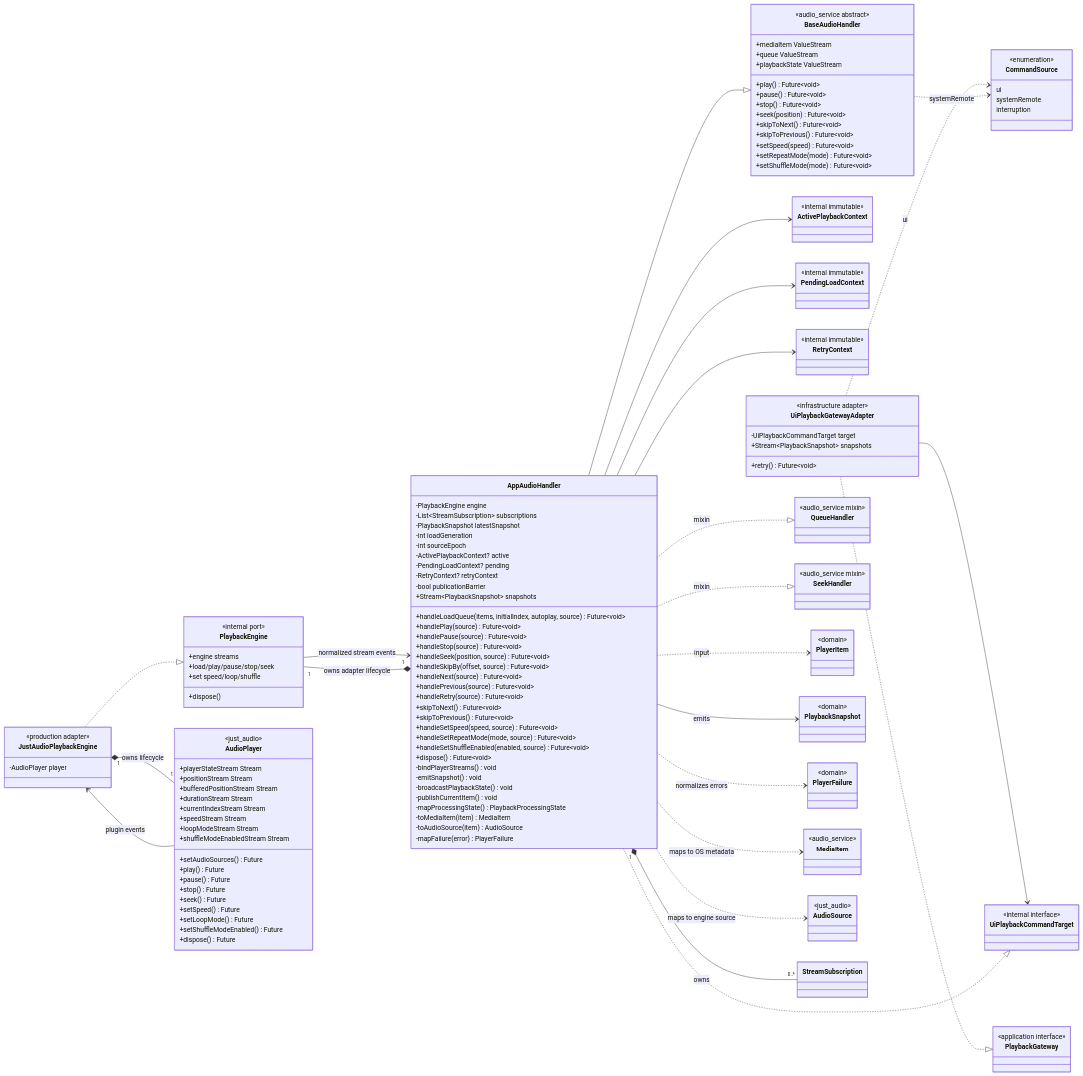
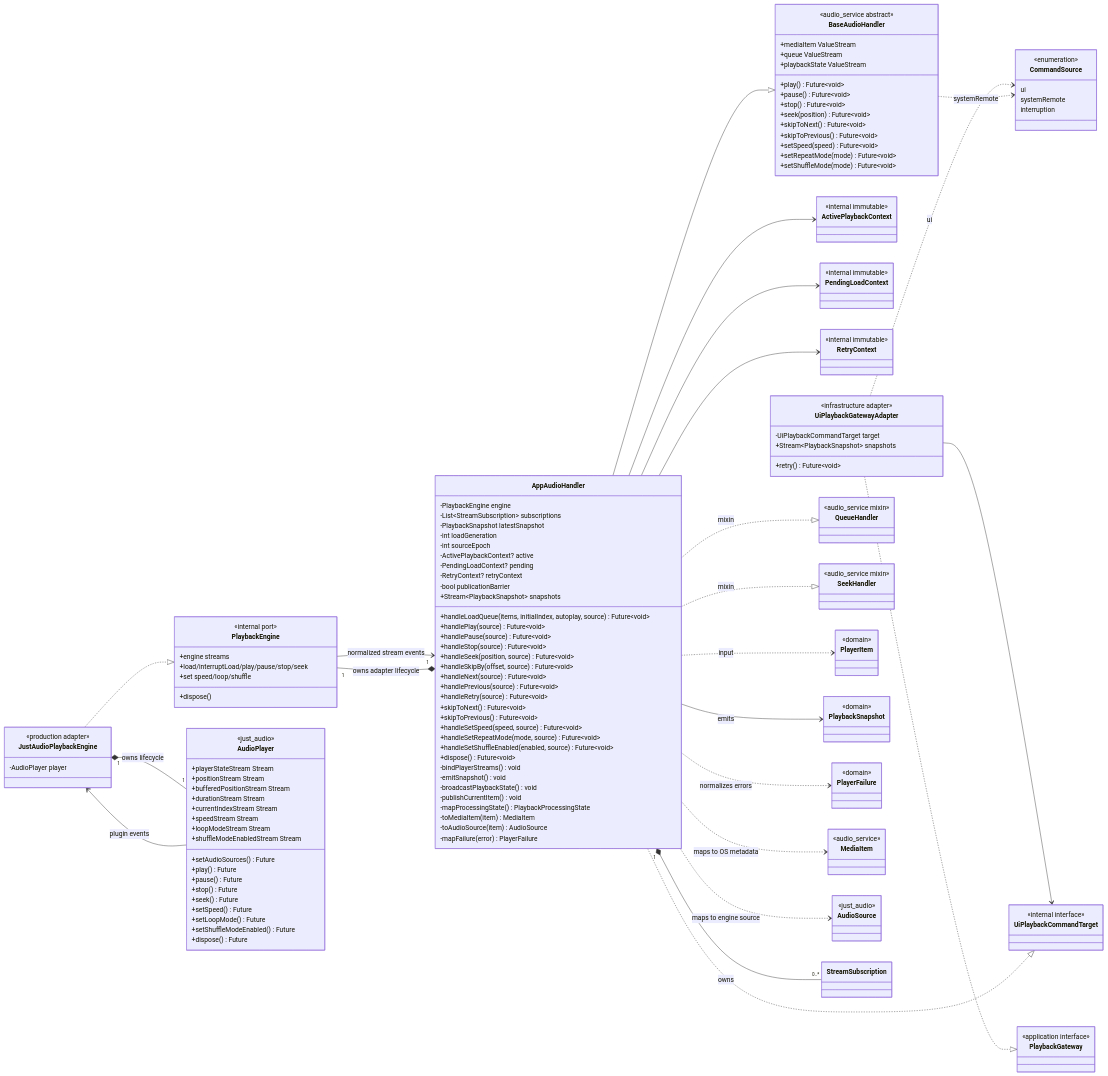
One commit to ViUniverse/ViListen changed the sixth of 10 diagrams in docs/player-class-diagram.md. Above: the diagram before and after it, drawn with Mermaid. The commit also changed other lines of this file and 10 other files, not shown here.

```diff
--- a/docs/player-class-diagram.md
+++ b/docs/player-class-diagram.md
@@ -745,7 +746,7 @@
 class PlaybackEngine {
   <<internal port>>
   +engine streams
-  +load/play/pause/stop/seek
+  +load/interruptLoad/play/pause/stop/seek
   +set speed/loop/shuffle
   +dispose()
 }
```
